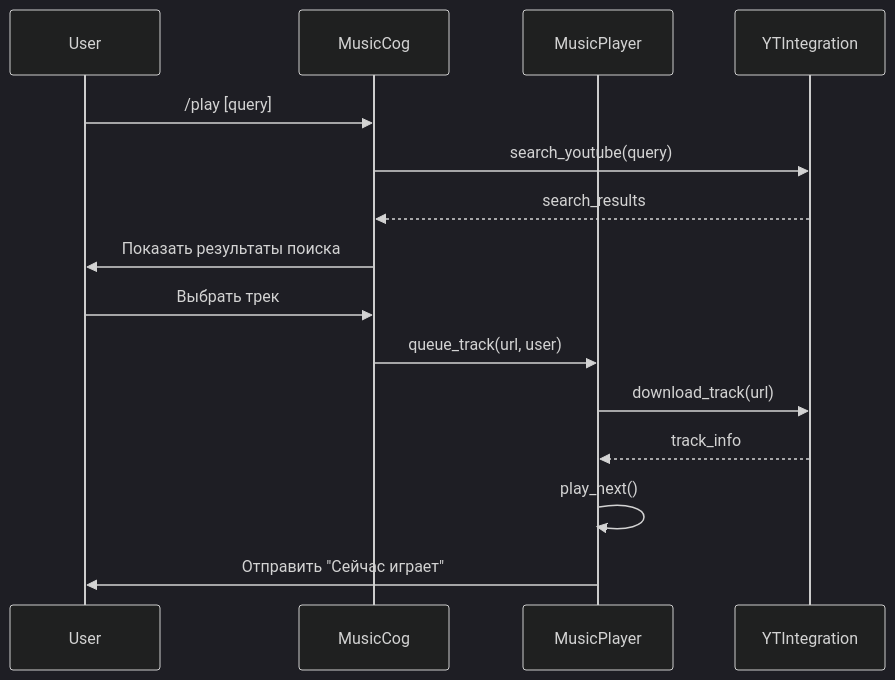
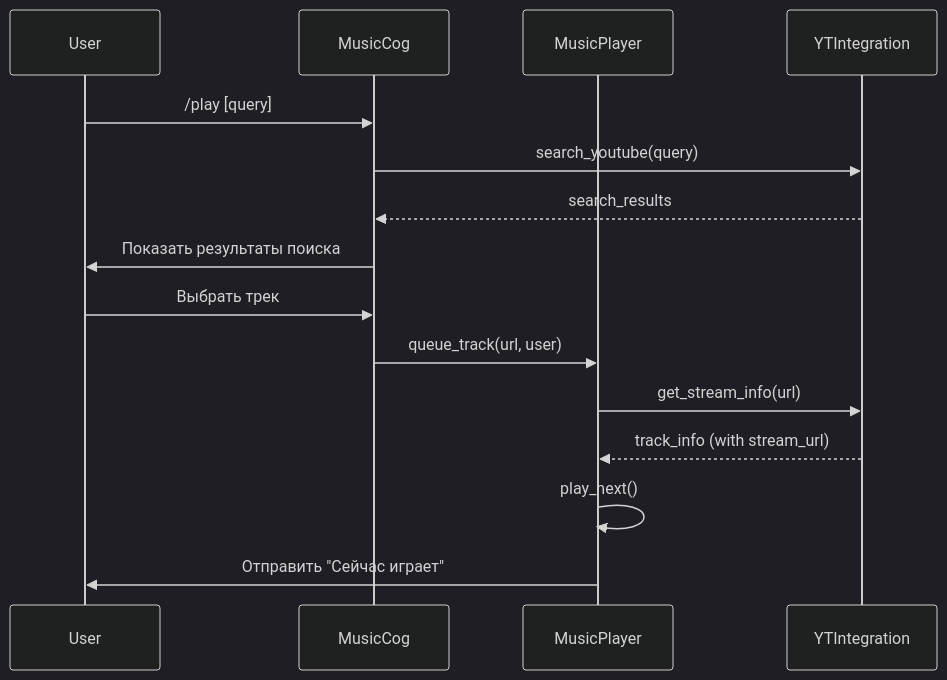
Before and after one commit to Twinlab/pd_bot: the second of 8 diagrams in docs/ARCHITECTURE.md, drawn with Mermaid (dark theme). The commit also changed other lines of this file and 26 other files, not shown here.

````diff
--- a/docs/ARCHITECTURE.md
+++ b/docs/ARCHITECTURE.md
@@ -36,18 +35,18 @@
 ```mermaid
 sequenceDiagram
     participant User
     participant MusicCog
     participant MusicPlayer
     participant YTIntegration
 
     User->>MusicCog: /play [query]
     MusicCog->>YTIntegration: search_youtube(query)
     YTIntegration-->>MusicCog: search_results
     MusicCog->>User: Показать результаты поиска
     User->>MusicCog: Выбрать трек
     MusicCog->>MusicPlayer: queue_track(url, user)
-    MusicPlayer->>YTIntegration: download_track(url)
-    YTIntegration-->>MusicPlayer: track_info
+    MusicPlayer->>YTIntegration: get_stream_info(url)
+    YTIntegration-->>MusicPlayer: track_info (with stream_url)
     MusicPlayer->>MusicPlayer: play_next()
     MusicPlayer->>User: Отправить "Сейчас играет"
 ```
````
